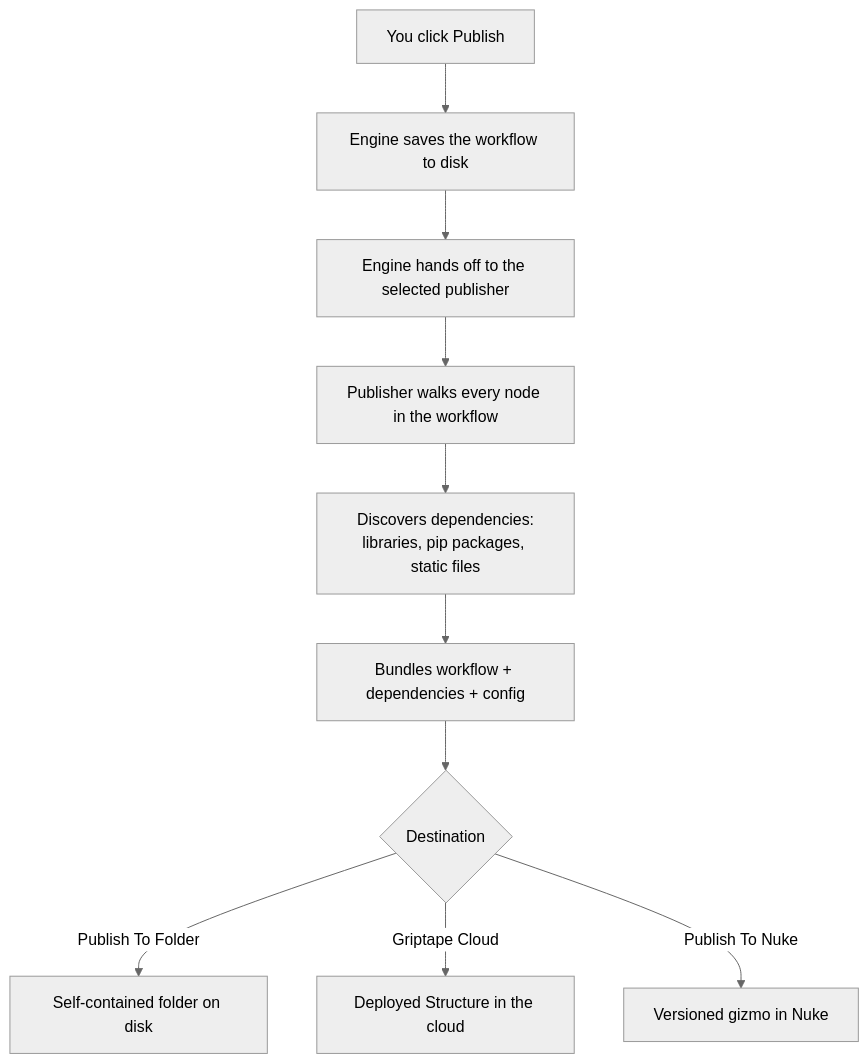
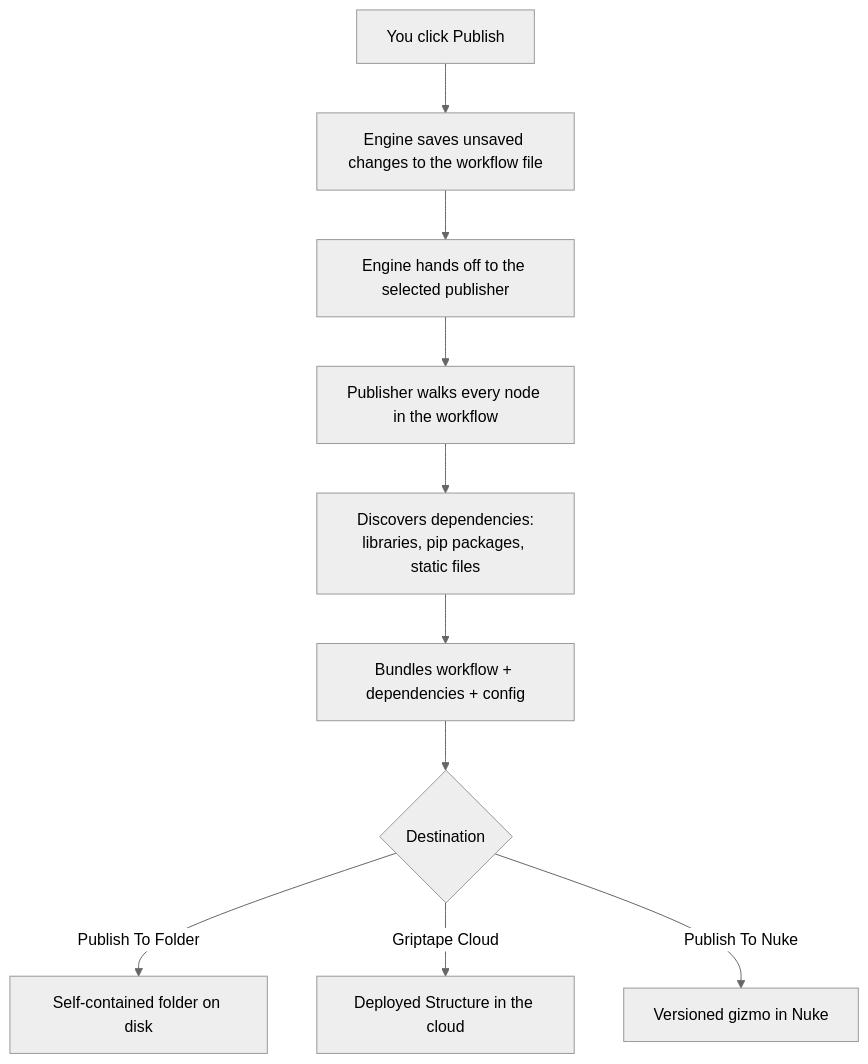
The diagram in docs/publishing/index.md (griptape-ai/griptape-nodes-engine), drawn with Mermaid (neutral theme) before and after one commit. The commit also changed other lines of this file, not shown here.

````diff
--- a/docs/publishing/index.md
+++ b/docs/publishing/index.md
@@ -55,12 +54,12 @@
 ```mermaid
 flowchart TD
-    A[You click Publish] --> B[Engine saves the workflow to disk]
+    A[You click Publish] --> B[Engine saves unsaved changes to the workflow file]
     B --> C[Engine hands off to the selected publisher]
     C --> D[Publisher walks every node in the workflow]
     D --> E[Discovers dependencies:<br/>libraries, pip packages, static files]
     E --> F[Bundles workflow + dependencies + config]
     F --> G{Destination}
     G -->|Publish To Folder| H[Self-contained folder on disk]
     G -->|Griptape Cloud| I[Deployed Structure in the cloud]
     G -->|Publish To Nuke| J[Versioned gizmo in Nuke]
 ```
````
